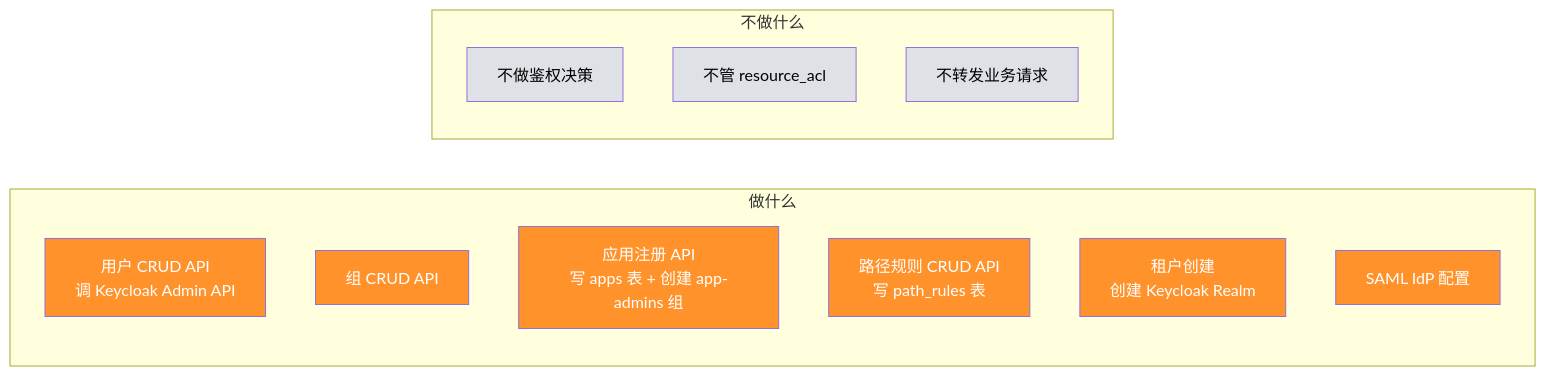
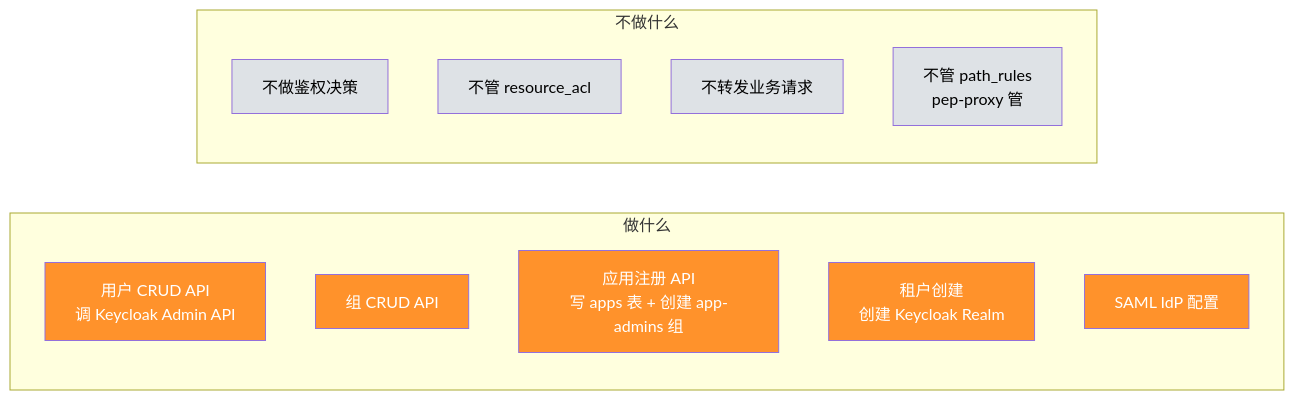
The eighth of 10 diagrams in diagrams/component-responsibility.md (xiewanchao/aidp-iam), drawn with Mermaid before and after one commit. The commit also changed other lines of this file and 43 other files, not shown here.

````diff
--- a/diagrams/component-responsibility.md
+++ b/diagrams/component-responsibility.md
@@ -373,27 +378,27 @@
 ```mermaid
 flowchart LR
     subgraph 做什么
         A1[用户 CRUD API<br/>调 Keycloak Admin API]
         A2[组 CRUD API]
         A3[应用注册 API<br/>写 apps 表 + 创建 app-admins 组]
-        A4[路径规则 CRUD API<br/>写 path_rules 表]
-        A5[租户创建<br/>创建 Keycloak Realm]
-        A6[SAML IdP 配置]
+        A4[租户创建<br/>创建 Keycloak Realm]
+        A5[SAML IdP 配置]
     end
 
     subgraph 不做什么
         B1[不做鉴权决策]
         B2[不管 resource_acl]
         B3[不转发业务请求]
+        B4[不管 path_rules<br/>pep-proxy 管]
     end
 
     style A1 fill:#ff922b,color:#fff
     style A2 fill:#ff922b,color:#fff
     style A3 fill:#ff922b,color:#fff
     style A4 fill:#ff922b,color:#fff
     style A5 fill:#ff922b,color:#fff
-    style A6 fill:#ff922b,color:#fff
     style B1 fill:#dee2e6,color:#000
     style B2 fill:#dee2e6,color:#000
     style B3 fill:#dee2e6,color:#000
+    style B4 fill:#dee2e6,color:#000
 ```
````
